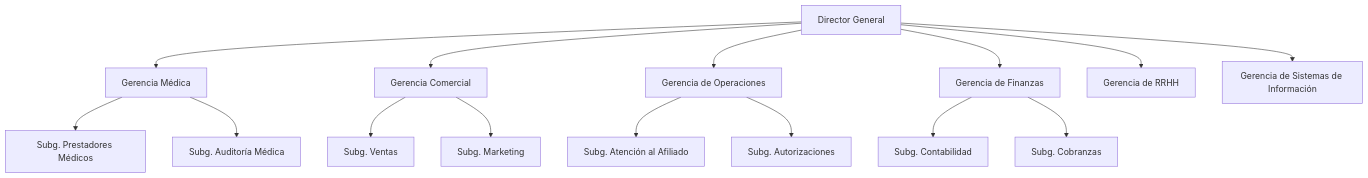
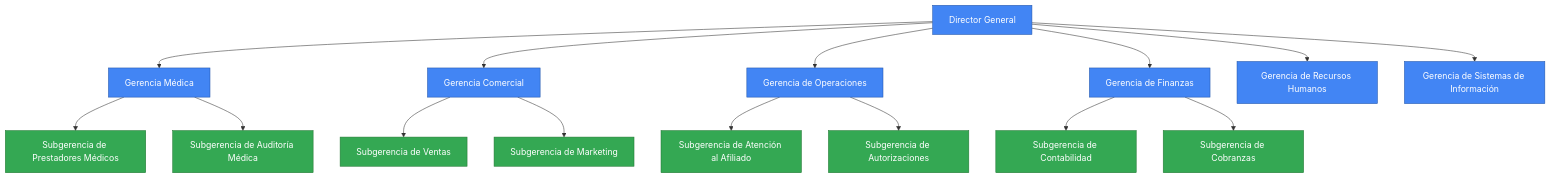
The diagram in hito1-markdown.md (carlostcba/TP-Sancor-Salud), drawn with Mermaid before and after one commit.

````diff
--- a/hito1-markdown.md
+++ b/hito1-markdown.md
@@ -100,21 +100,38 @@
 ```mermaid
 flowchart TD
-    A[Director General] --> B[Gerencia Médica]
-    A --> C[Gerencia Comercial]
-    A --> D[Gerencia de Operaciones]
-    A --> E[Gerencia de Finanzas]
-    A --> F[Gerencia de RRHH]
-    A --> G[Gerencia de Sistemas de Información]
+    DG[Director General] --> GM[Gerencia Médica]
+    DG --> GC[Gerencia Comercial]
+    DG --> GO[Gerencia de Operaciones]
+    DG --> GF[Gerencia de Finanzas]
+    DG --> GRRHH[Gerencia de Recursos Humanos]
+    DG --> GSI[Gerencia de Sistemas de Información]
     
-    B --> B1[Subg. Prestadores Médicos]
-    B --> B2[Subg. Auditoría Médica]
+    GM --> SPM[Subgerencia de Prestadores Médicos]
+    GM --> SAM[Subgerencia de Auditoría Médica]
     
-    C --> C1[Subg. Ventas]
-    C --> C2[Subg. Marketing]
+    GC --> SV[Subgerencia de Ventas]
+    GC --> SM[Subgerencia de Marketing]
     
-    D --> D1[Subg. Atención al Afiliado]
-    D --> D2[Subg. Autorizaciones]
+    GO --> SAA[Subgerencia de Atención al Afiliado]
+    GO --> SA[Subgerencia de Autorizaciones]
     
-    E --> E1[Subg. Contabilidad]
-    E --> E2[Subg. Cobranzas]
+    GF --> SC[Subgerencia de Contabilidad]
+    GF --> SCO[Subgerencia de Cobranzas]
+
+    style DG fill:#4285f4,stroke:#2255aa,color:white
+    style GM fill:#4285f4,stroke:#2255aa,color:white
+    style GC fill:#4285f4,stroke:#2255aa,color:white
+    style GO fill:#4285f4,stroke:#2255aa,color:white
+    style GF fill:#4285f4,stroke:#2255aa,color:white
+    style GRRHH fill:#4285f4,stroke:#2255aa,color:white
+    style GSI fill:#4285f4,stroke:#2255aa,color:white
+    
+    style SPM fill:#34a853,stroke:#227733,color:white
+    style SAM fill:#34a853,stroke:#227733,color:white
+    style SV fill:#34a853,stroke:#227733,color:white
+    style SM fill:#34a853,stroke:#227733,color:white
+    style SAA fill:#34a853,stroke:#227733,color:white
+    style SA fill:#34a853,stroke:#227733,color:white
+    style SC fill:#34a853,stroke:#227733,color:white
+    style SCO fill:#34a853,stroke:#227733,color:white
 ```
````
